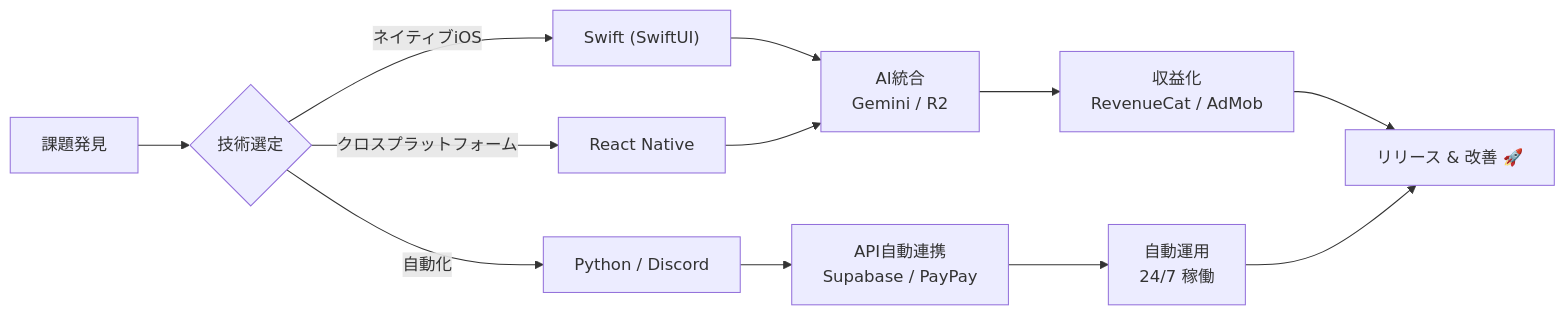
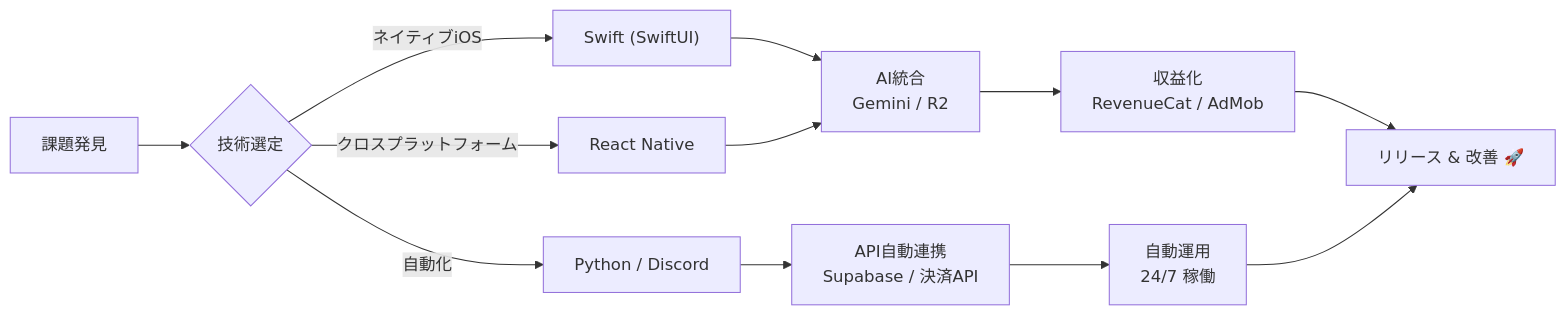
Before and after one commit to 41Yr9/41Yr9: the diagram in README.md, drawn with Mermaid. The commit also changed other lines of this file, not shown here.

Commit message:
Replace PayPay references with generic payment API

````diff
--- a/README.md
+++ b/README.md
@@ -210,17 +210,17 @@
 ```mermaid
 graph LR
     A[課題発見] --> B{技術選定}
     B -->|ネイティブiOS| C["Swift (SwiftUI)"]
     B -->|クロスプラットフォーム| C2[React Native]
     B -->|自動化| D[Python / Discord]
     
     C --> E[AI統合<br>Gemini / R2]
     C2 --> E
-    D --> F[API自動連携<br>Supabase / PayPay]
+    D --> F[API自動連携<br>Supabase / 決済API]
     
     E --> G[収益化<br>RevenueCat / AdMob]
     F --> H[自動運用<br>24/7 稼働]
     
     G --> I[リリース & 改善 🚀]
     H --> I
 ```
````
